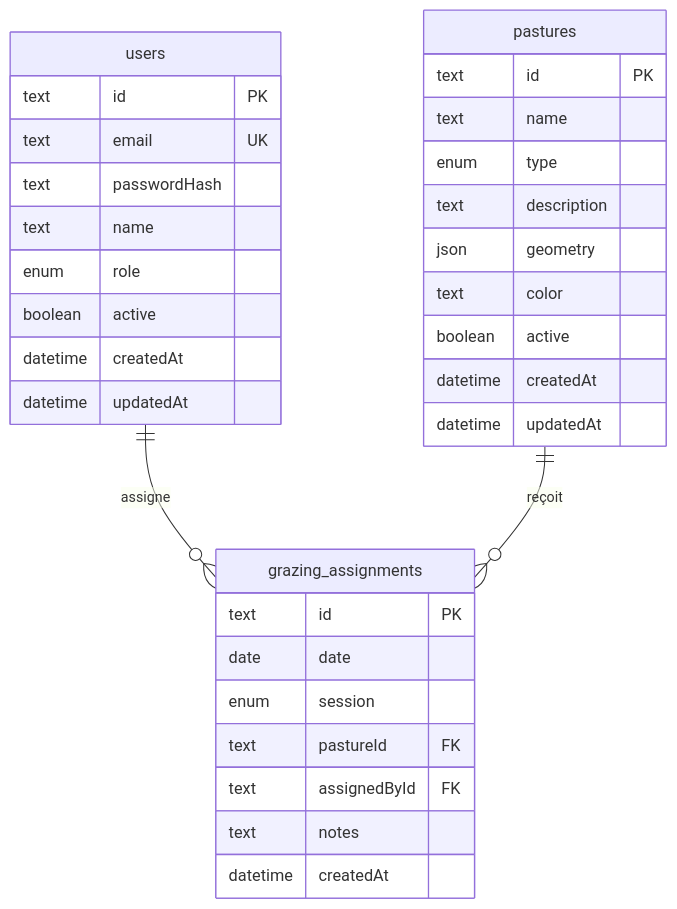
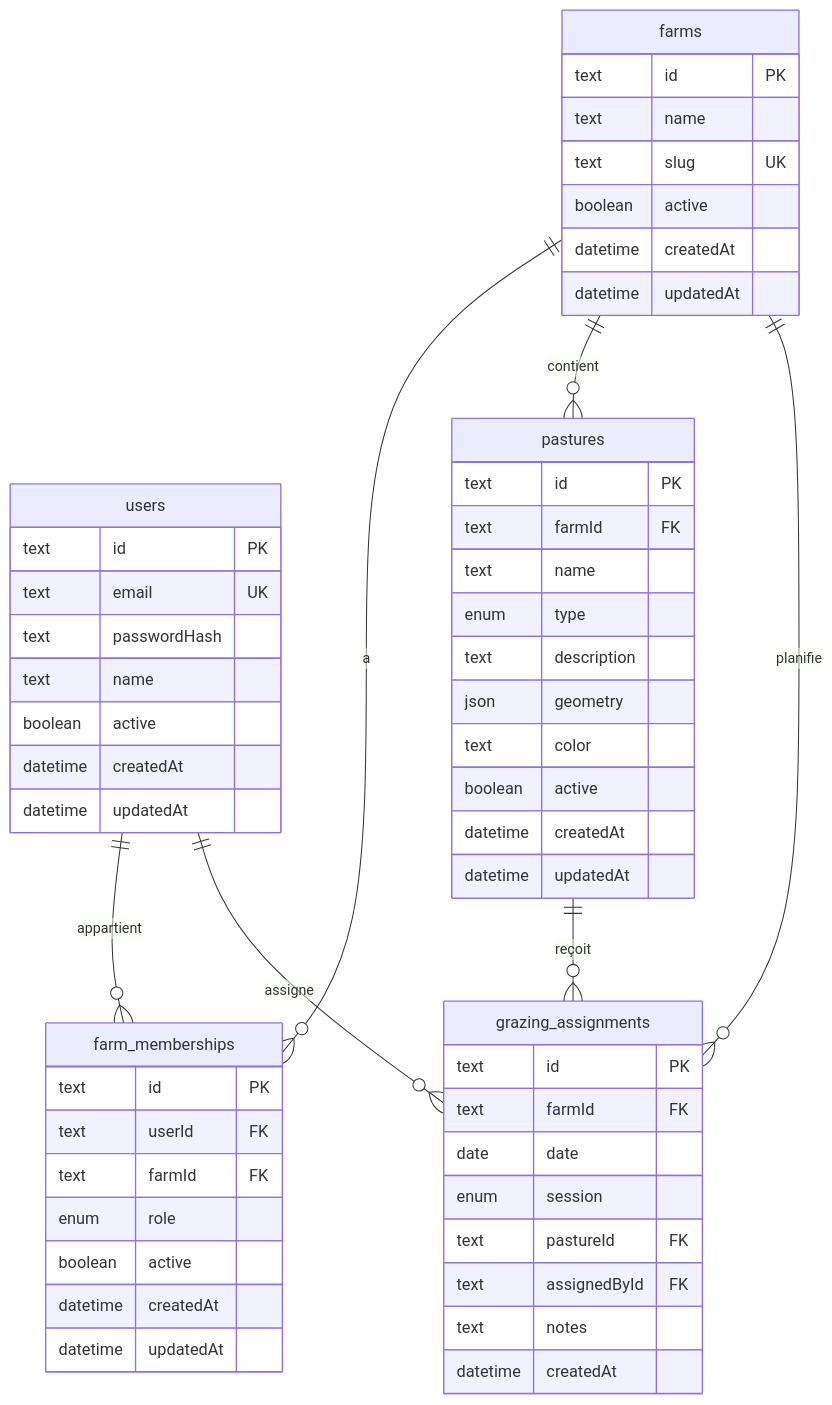
The diagram in docs/database/DATABASE.md (yannsuty/la-ferme-se-rebelle), drawn with Mermaid before and after one commit. The commit also changed other lines of this file and 30 other files, not shown here.

````diff
--- a/docs/database/DATABASE.md
+++ b/docs/database/DATABASE.md
@@ -7,38 +7,62 @@
 ```mermaid
 erDiagram
+  farms ||--o{ farm_memberships : "a"
+  users ||--o{ farm_memberships : "appartient"
+  farms ||--o{ pastures : "contient"
+  farms ||--o{ grazing_assignments : "planifie"
+  pastures ||--o{ grazing_assignments : "reçoit"
   users ||--o{ grazing_assignments : "assigne"
-  pastures ||--o{ grazing_assignments : "reçoit"
+
+  farms {
+    text id PK
+    text name
+    text slug UK
+    boolean active
+    datetime createdAt
+    datetime updatedAt
+  }
 
   users {
     text id PK
     text email UK
     text passwordHash
     text name
+    boolean active
+    datetime createdAt
+    datetime updatedAt
+  }
+
+  farm_memberships {
+    text id PK
+    text userId FK
+    text farmId FK
     enum role
     boolean active
     datetime createdAt
     datetime updatedAt
   }
 
   pastures {
     text id PK
+    text farmId FK
     text name
     enum type
     text description
     json geometry
     text color
     boolean active
     datetime createdAt
     datetime updatedAt
   }
 
   grazing_assignments {
     text id PK
+    text farmId FK
     date date
     enum session
     text pastureId FK
     text assignedById FK
     text notes
     datetime createdAt
   }
 ```
````
